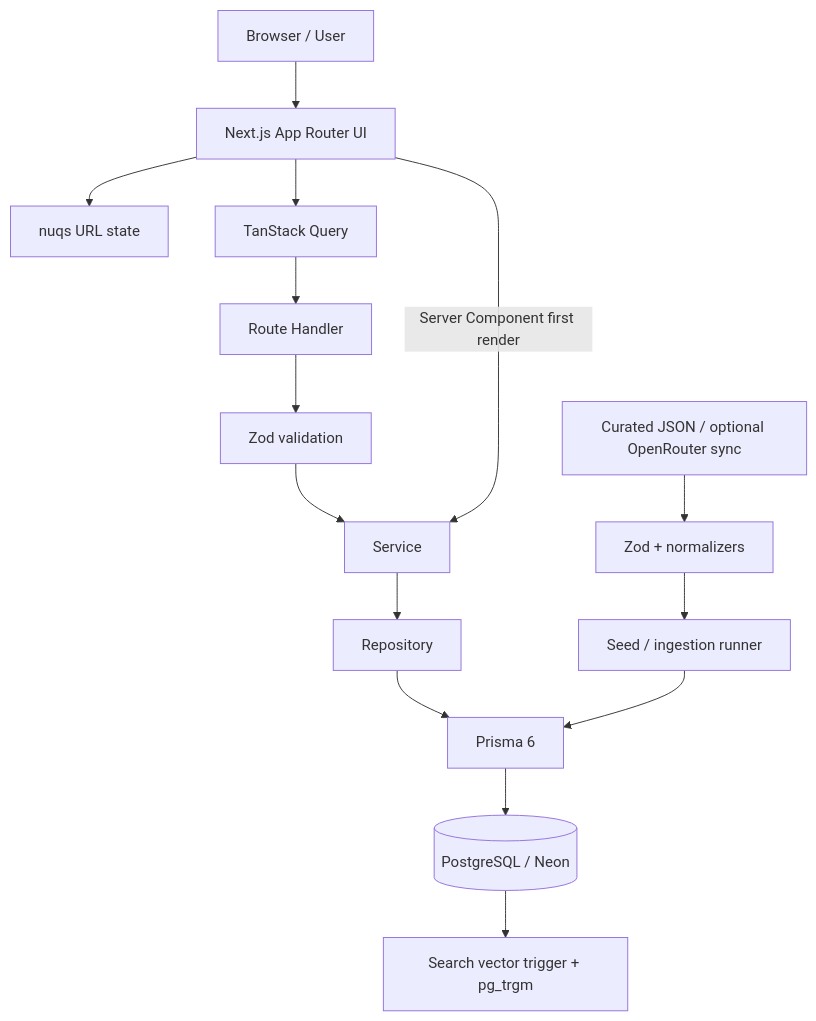
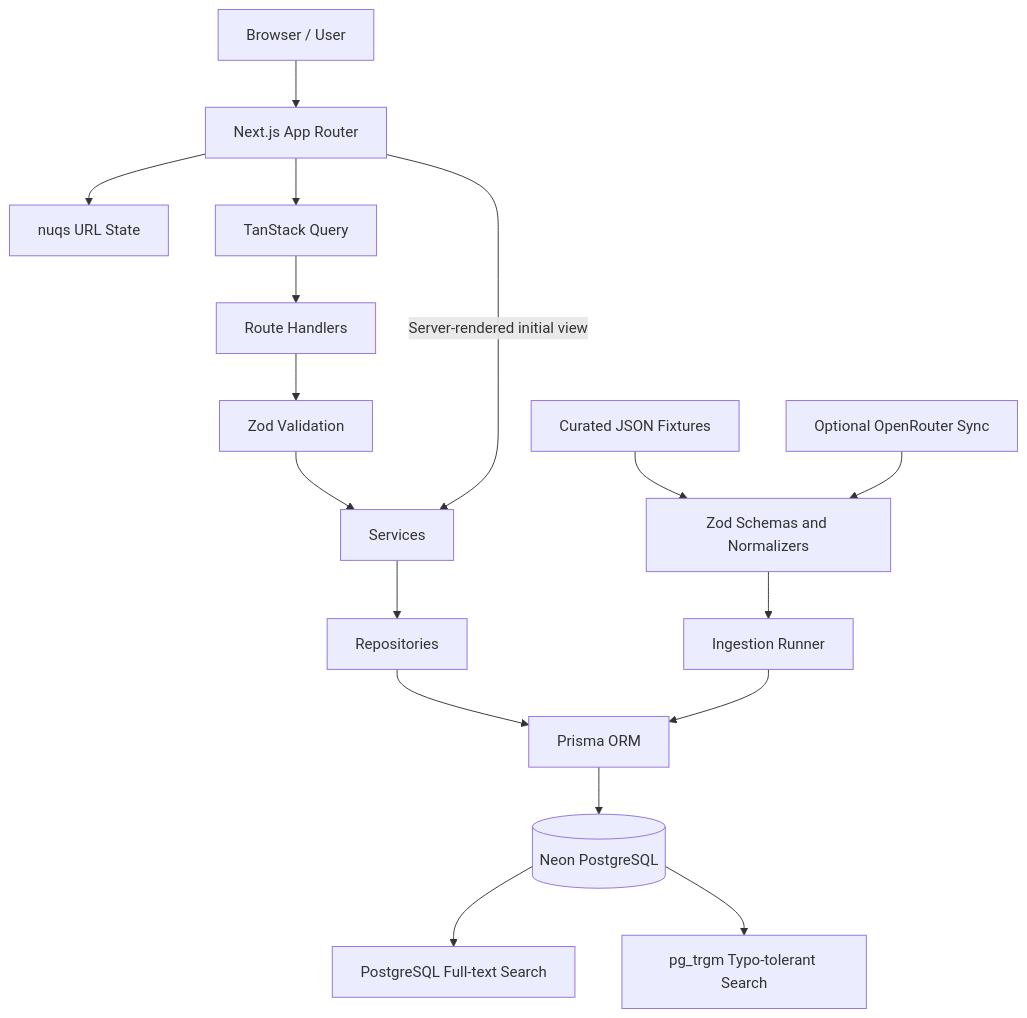
The diagram in README.md (aayushtiwari307/oneatlas), drawn with Mermaid before and after one commit. The commit also changed other lines of this file, not shown here.

````diff
--- a/README.md
+++ b/README.md
@@ -37,17 +63,22 @@
 ```mermaid
 flowchart TD
-  U[Browser / User] --> UI[Next.js App Router UI]
-  UI --> URL[nuqs URL state]
-  UI --> TQ[TanStack Query]
-  TQ --> RH[Route Handler]
-  RH --> Z[Zod validation]
-  Z --> S[Service]
-  S --> R[Repository]
-  R --> P[Prisma 6]
-  P --> DB[(PostgreSQL / Neon)]
-  UI -->|Server Component first render| S
-  ING[Curated JSON / optional OpenRouter sync] --> VAL[Zod + normalizers]
-  VAL --> SEED[Seed / ingestion runner]
-  SEED --> P
-  DB --> TR[Search vector trigger + pg_trgm]
+    U[Browser / User] --> UI[Next.js App Router]
+    UI --> URL[nuqs URL State]
+    UI --> TQ[TanStack Query]
+    TQ --> API[Route Handlers]
+    API --> Z[Zod Validation]
+    Z --> S[Services]
+    S --> R[Repositories]
+    R --> P[Prisma ORM]
+    P --> DB[(Neon PostgreSQL)]
+
+    UI -->|Server-rendered initial view| S
+
+    CJ[Curated JSON Fixtures] --> V[Zod Schemas and Normalizers]
+    OR[Optional OpenRouter Sync] --> V
+    V --> ING[Ingestion Runner]
+    ING --> P
+
+    DB --> FTS[PostgreSQL Full-text Search]
+    DB --> TRGM[pg_trgm Typo-tolerant Search]
 ```
````
